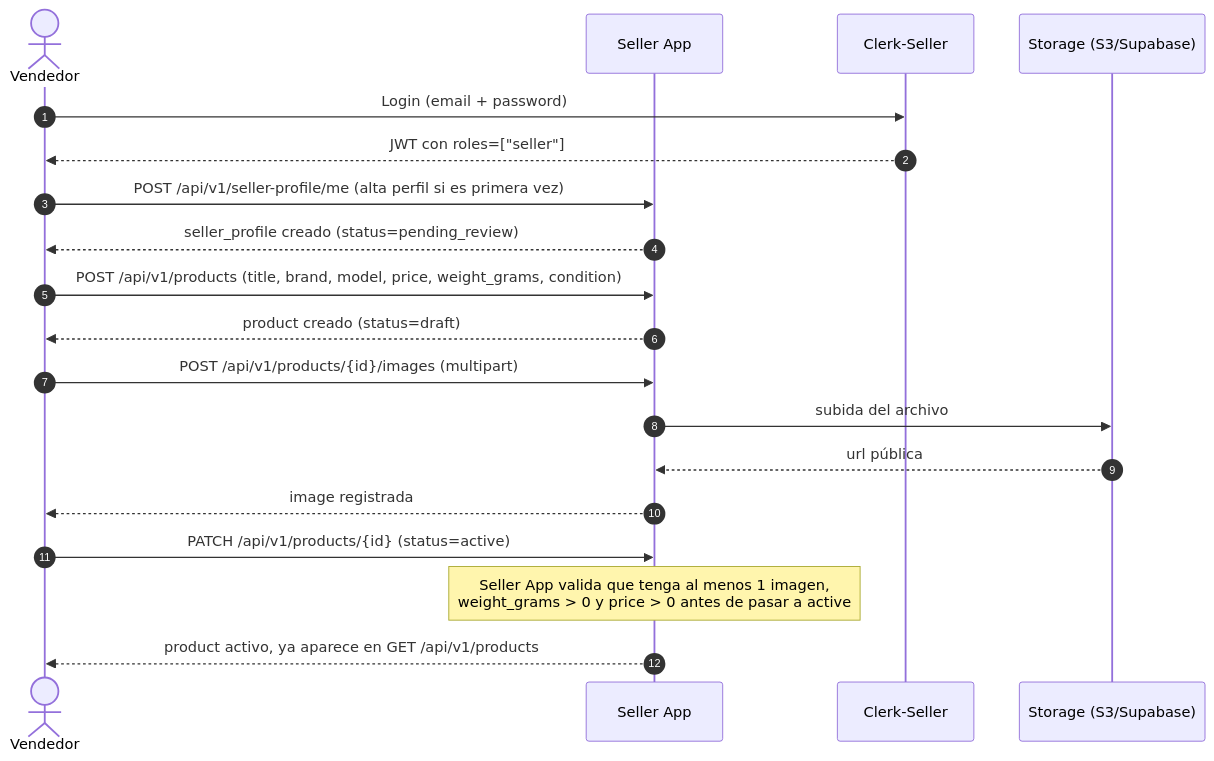
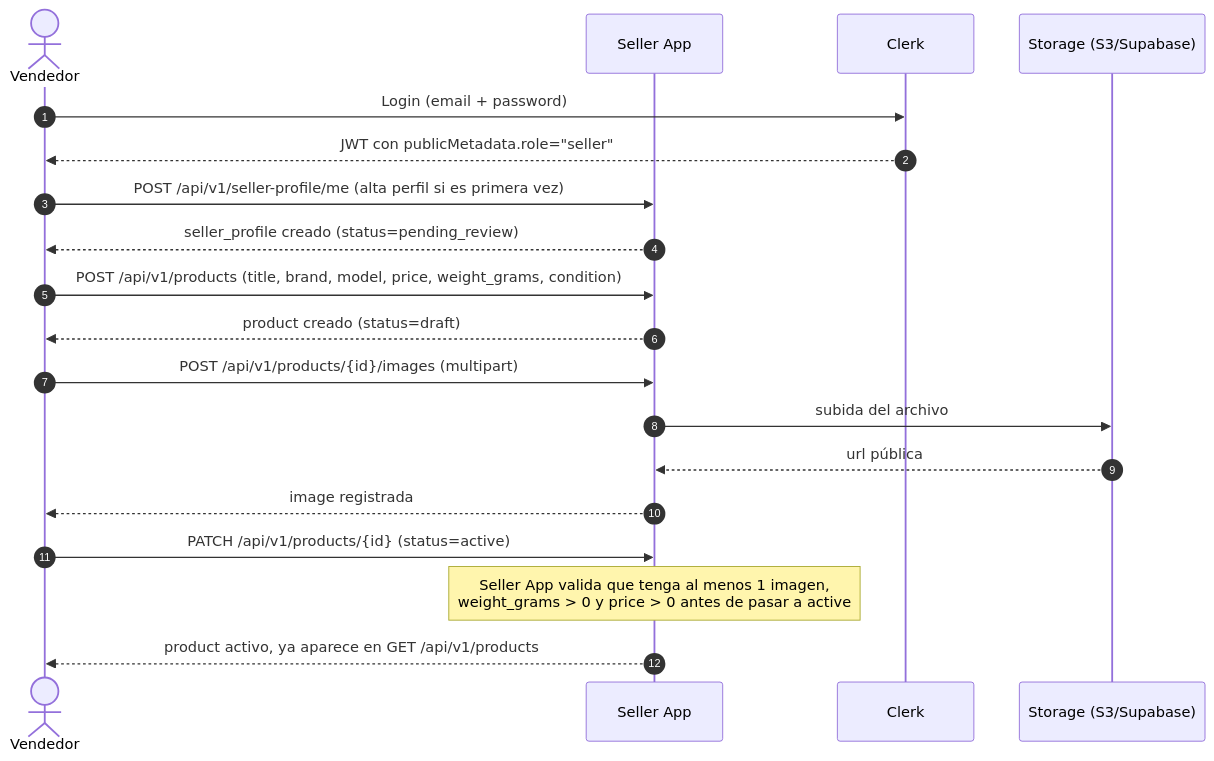
Before and after one commit to IAW-2026/proyecto-c-buyer2-bicimarket: the second of 5 diagrams in documentacion/01-descripcion.md, drawn with Mermaid. The commit also changed other lines of this file and 11 other files, not shown here.

````diff
--- a/documentacion/01-descripcion.md
+++ b/documentacion/01-descripcion.md
@@ -117,22 +117,22 @@
 ```mermaid
 sequenceDiagram
     autonumber
     actor V as Vendedor
     participant S as Seller App
-    participant CL as Clerk-Seller
+    participant CL as Clerk
     participant ST as Storage (S3/Supabase)
 
     V->>CL: Login (email + password)
-    CL-->>V: JWT con roles=["seller"]
+    CL-->>V: JWT con publicMetadata.role="seller"
     V->>S: POST /api/v1/seller-profile/me (alta perfil si es primera vez)
     S-->>V: seller_profile creado (status=pending_review)
     V->>S: POST /api/v1/products (title, brand, model, price, weight_grams, condition)
     S-->>V: product creado (status=draft)
     V->>S: POST /api/v1/products/{id}/images (multipart)
     S->>ST: subida del archivo
     ST-->>S: url pública
     S-->>V: image registrada
     V->>S: PATCH /api/v1/products/{id} (status=active)
     note over S: Seller App valida que tenga al menos 1 imagen,<br/>weight_grams > 0 y price > 0 antes de pasar a active
     S-->>V: product activo, ya aparece en GET /api/v1/products
 ```
````
